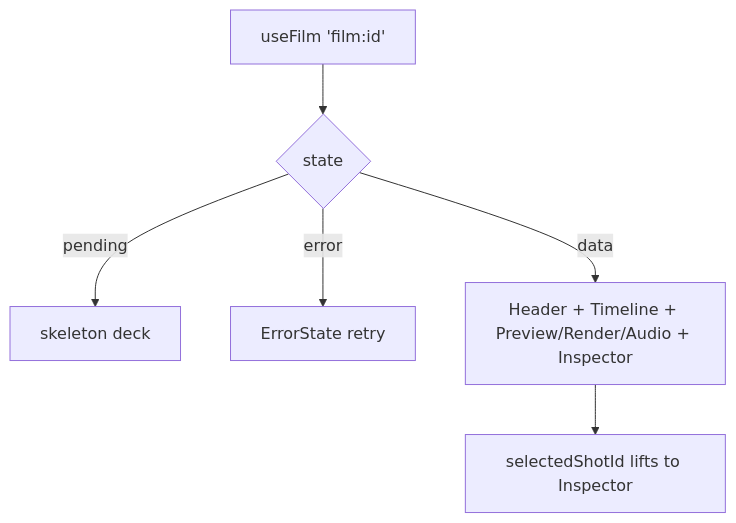
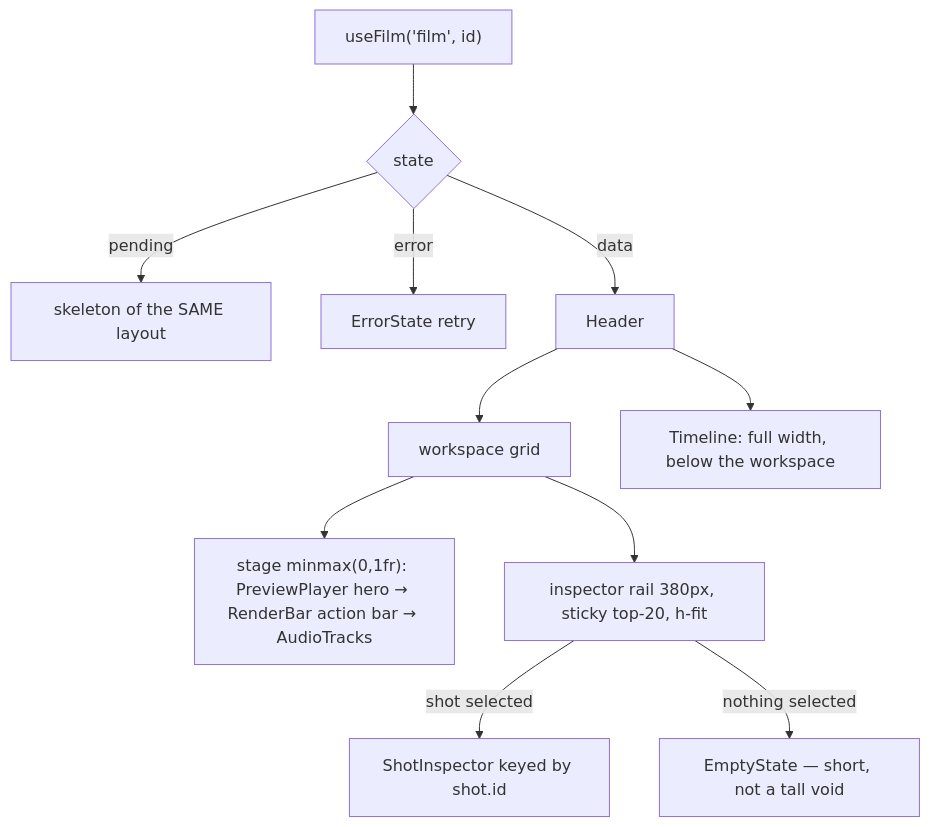
One commit to AzamatRaimbekov2/openCreate changed the diagram in apps/web/src/modules/Cinema/components/FilmEditor.tsx.md. Above: the diagram before and after it, drawn with Mermaid. The commit also changed other lines of this file and 74 other files, not shown here.

````diff
--- a/apps/web/src/modules/Cinema/components/FilmEditor.tsx.md
+++ b/apps/web/src/modules/Cinema/components/FilmEditor.tsx.md
@@ -29,8 +33,13 @@
 ```mermaid
 flowchart TD
-  UF[useFilm 'film:id'] --> S{state}
-  S -->|pending| SK[skeleton deck]
+  UF["useFilm('film', id)"] --> S{state}
+  S -->|pending| SK[skeleton of the SAME layout]
   S -->|error| ES[ErrorState retry]
-  S -->|data| ED[Header + Timeline + Preview/Render/Audio + Inspector]
-  ED --> SEL[selectedShotId lifts to Inspector]
+  S -->|data| ED[Header]
+  ED --> W[workspace grid]
+  W --> STAGE["stage minmax(0,1fr): PreviewPlayer hero → RenderBar action bar → AudioTracks"]
+  W --> RAIL["inspector rail 380px, sticky top-20, h-fit"]
+  RAIL -->|shot selected| INS[ShotInspector keyed by shot.id]
+  RAIL -->|nothing selected| EMPTY[EmptyState — short, not a tall void]
+  ED --> TL[Timeline: full width, below the workspace]
 ```
````
